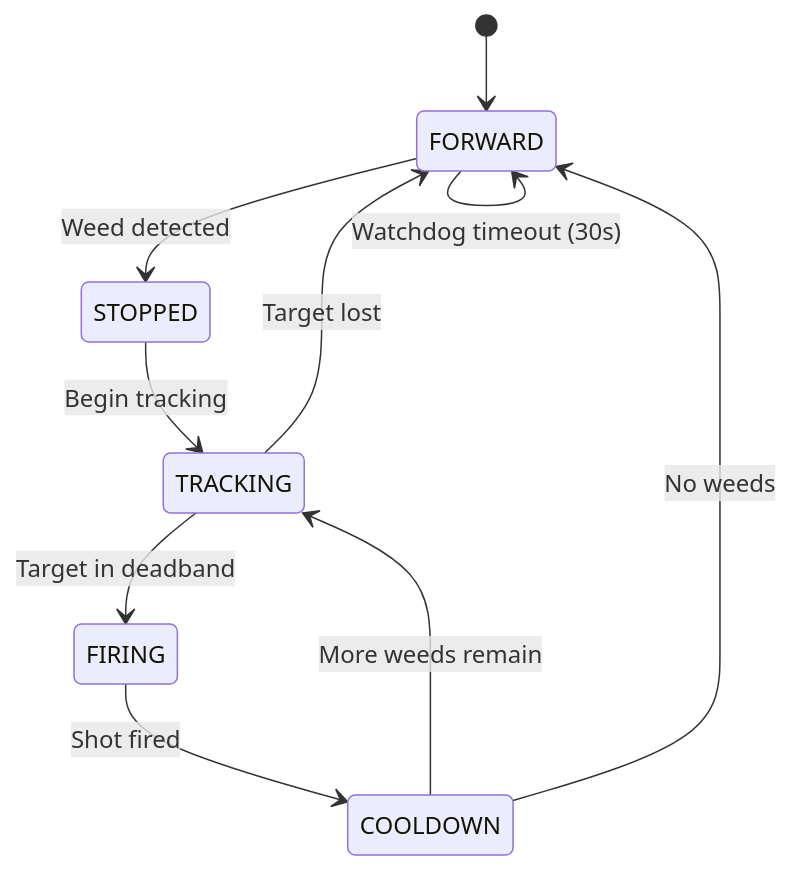
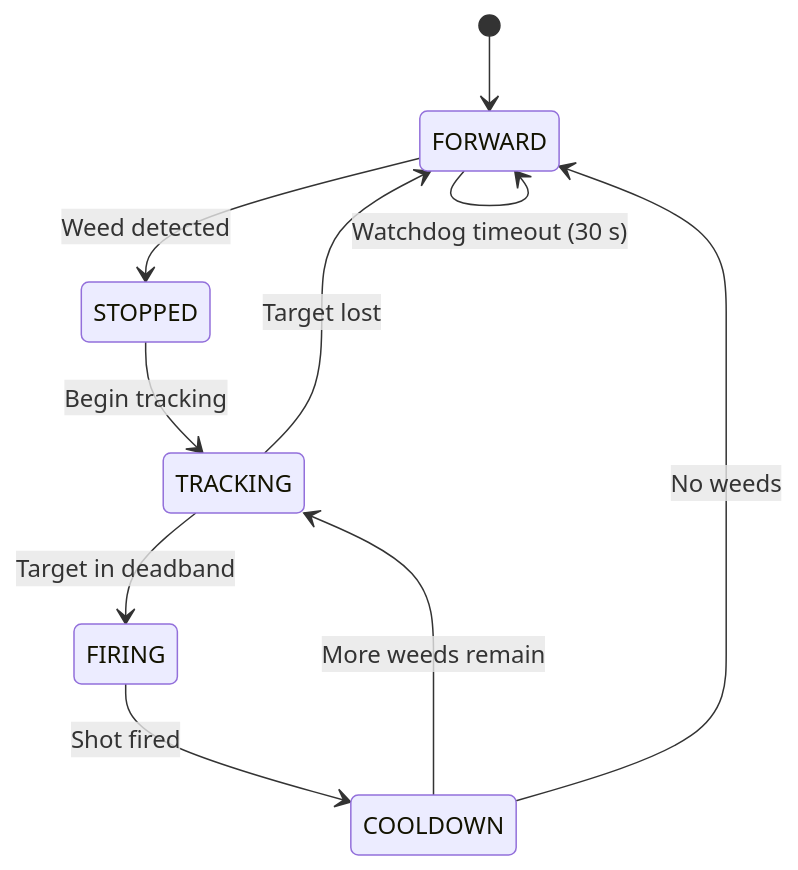
Before and after one commit to ngphong01/Detectgrass_IOT: the diagram in README.md, drawn with Mermaid. The commit also changed other lines of this file, not shown here.

````diff
--- a/README.md
+++ b/README.md
@@ -262,13 +263,13 @@
 ```mermaid
 stateDiagram-v2
     [*] --> FORWARD
 
-    FORWARD --> STOPPED : Weed detected
-    STOPPED --> TRACKING : Begin tracking
-    TRACKING --> FIRING : Target in deadband
-    FIRING --> COOLDOWN : Shot fired
-    COOLDOWN --> TRACKING : More weeds remain
-    COOLDOWN --> FORWARD : No weeds
-    TRACKING --> FORWARD : Target lost
-    FORWARD --> FORWARD : Watchdog timeout (30s)
+    FORWARD   --> STOPPED  : Weed detected
+    STOPPED   --> TRACKING : Begin tracking
+    TRACKING  --> FIRING   : Target in deadband
+    FIRING    --> COOLDOWN : Shot fired
+    COOLDOWN  --> TRACKING : More weeds remain
+    COOLDOWN  --> FORWARD  : No weeds
+    TRACKING  --> FORWARD  : Target lost
+    FORWARD   --> FORWARD  : Watchdog timeout (30 s)
 ```
````
